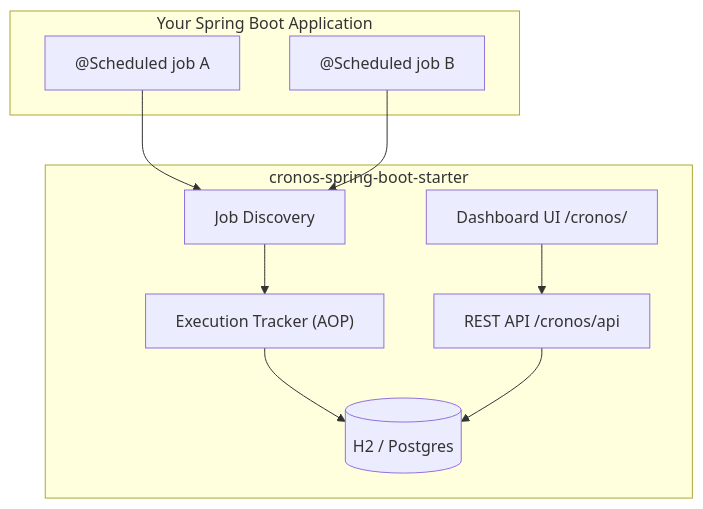
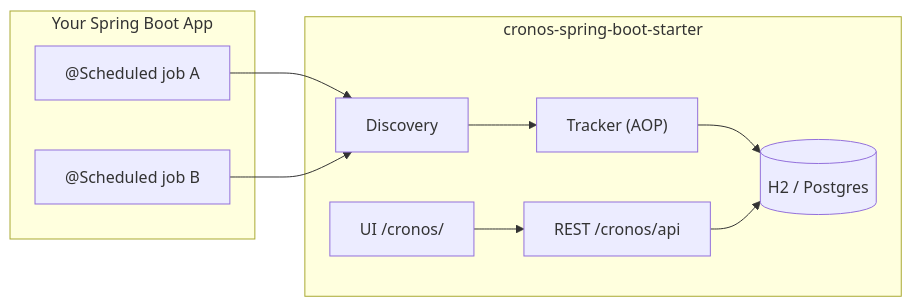
One commit to ibrahimbayramli/cronos changed the diagram in README.md. Above: the diagram before and after it, drawn with Mermaid. The commit also changed other lines of this file and 5 other files, not shown here.

````diff
--- a/README.md
+++ b/README.md
@@ -33,22 +45,22 @@
 ```mermaid
-flowchart TB
-    subgraph App["Your Spring Boot Application"]
+flowchart LR
+    subgraph YourApp["Your Spring Boot App"]
         J1["@Scheduled job A"]
         J2["@Scheduled job B"]
     end
 
     subgraph Cronos["cronos-spring-boot-starter"]
-        D["Job Discovery"]
-        T["Execution Tracker (AOP)"]
-        API["REST API /cronos/api"]
-        UI["Dashboard UI /cronos/"]
+        D["Discovery"]
+        T["Tracker (AOP)"]
+        API["REST /cronos/api"]
+        UI["UI /cronos/"]
         DB[("H2 / Postgres")]
     end
 
     J1 --> D
     J2 --> D
     D --> T
     T --> DB
     API --> DB
     UI --> API
 ```
````
